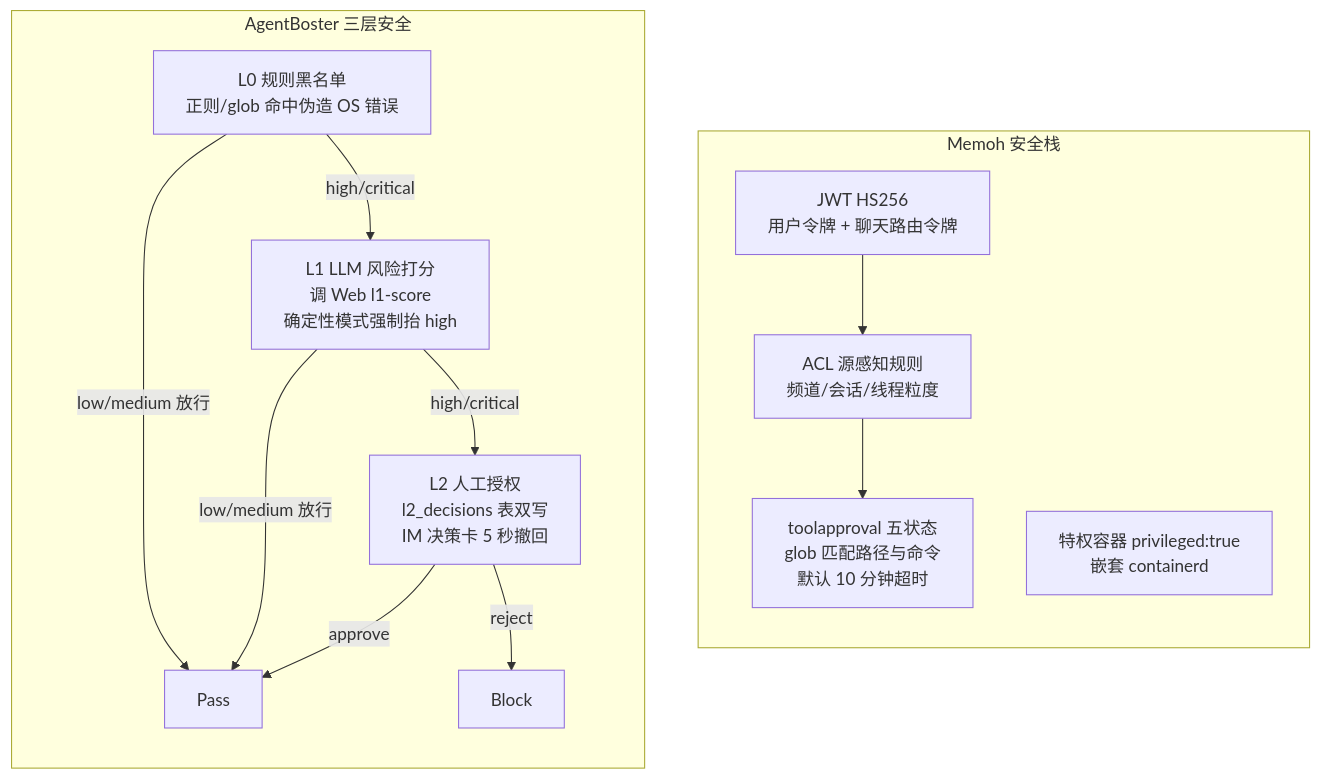
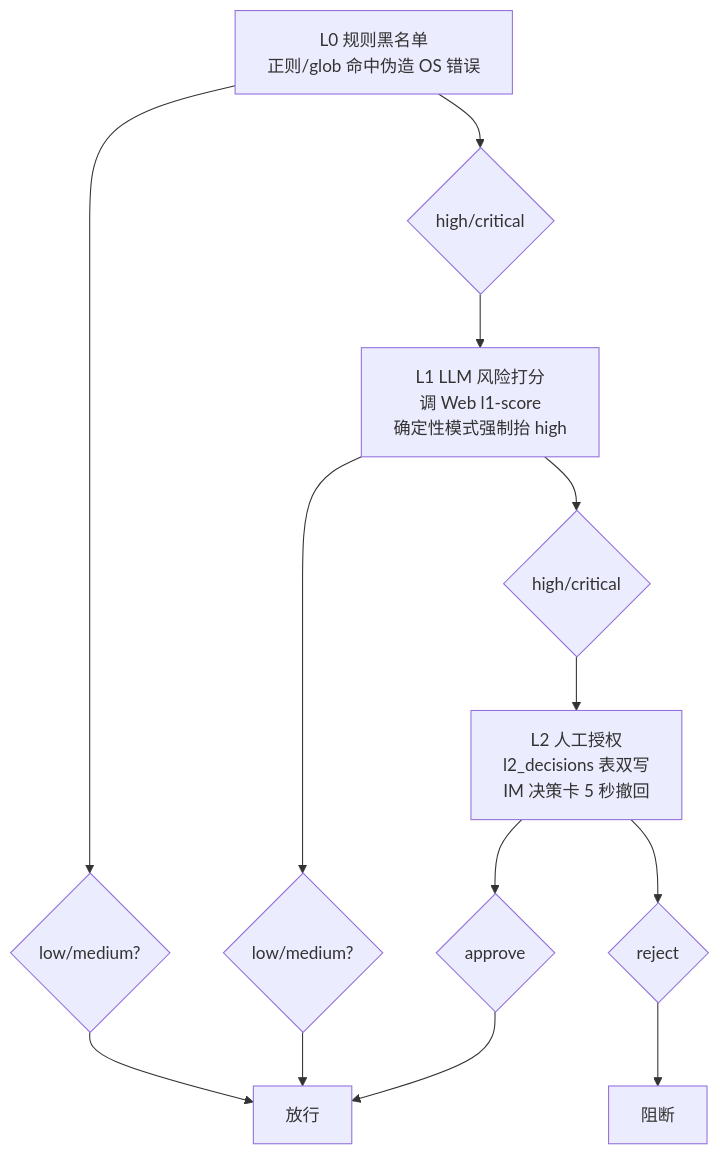
The fourth of 32 diagrams in docs/memoh-vs-agentboster.md (NekoSekaiMoe/agentboster), drawn with Mermaid before and after one commit. The commit also changed other lines of this file, not shown here.

````diff
--- a/docs/memoh-vs-agentboster.md
+++ b/docs/memoh-vs-agentboster.md
@@ -44,23 +63,15 @@
 ```mermaid
 flowchart TB
-    subgraph Memoh["Memoh 安全栈"]
-        direction TB
-        MJ["JWT HS256<br/>用户令牌 + 聊天路由令牌"]
-        MA["ACL 源感知规则<br/>频道/会话/线程粒度"]
-        MT["toolapproval 五状态<br/>glob 匹配路径与命令<br/>默认 10 分钟超时"]
-        MJ --> MA --> MT
-        MC["特权容器 privileged:true<br/>嵌套 containerd"]
-    end
-    subgraph AgentBoster["AgentBoster 三层安全"]
-        direction TB
-        L0["L0 规则黑名单<br/>正则/glob 命中伪造 OS 错误"]
-        L1["L1 LLM 风险打分<br/>调 Web l1-score<br/>确定性模式强制抬 high"]
-        L2["L2 人工授权<br/>l2_decisions 表双写<br/>IM 决策卡 5 秒撤回"]
-        L0 -->|low/medium 放行| Pass
-        L0 -->|high/critical| L1
-        L1 -->|low/medium 放行| Pass
-        L1 -->|high/critical| L2
-        L2 -->|approve| Pass
-        L2 -->|reject| Block
-    end
+    B1["L0 规则黑名单<br/>正则/glob 命中伪造 OS 错误"] --> B2{low/medium?}
+    B1 --> B3{high/critical}
+    B3 --> B4["L1 LLM 风险打分<br/>调 Web l1-score<br/>确定性模式强制抬 high"]
+    B4 --> B5{low/medium?}
+    B4 --> B6{high/critical}
+    B6 --> B7["L2 人工授权<br/>l2_decisions 表双写<br/>IM 决策卡 5 秒撤回"]
+    B7 --> B8{approve}
+    B7 --> B9{reject}
+    B2 --> B10["放行"]
+    B5 --> B10
+    B8 --> B10
+    B9 --> B11["阻断"]
 ```
````
